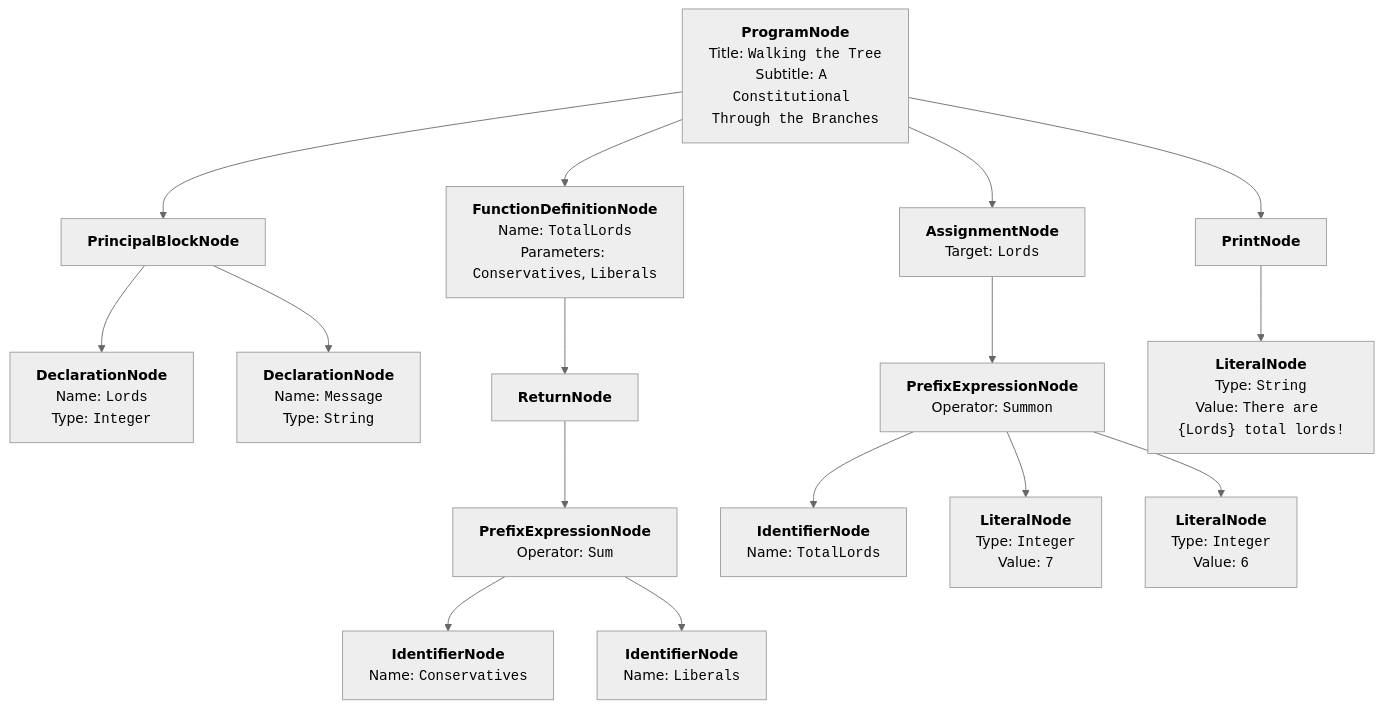
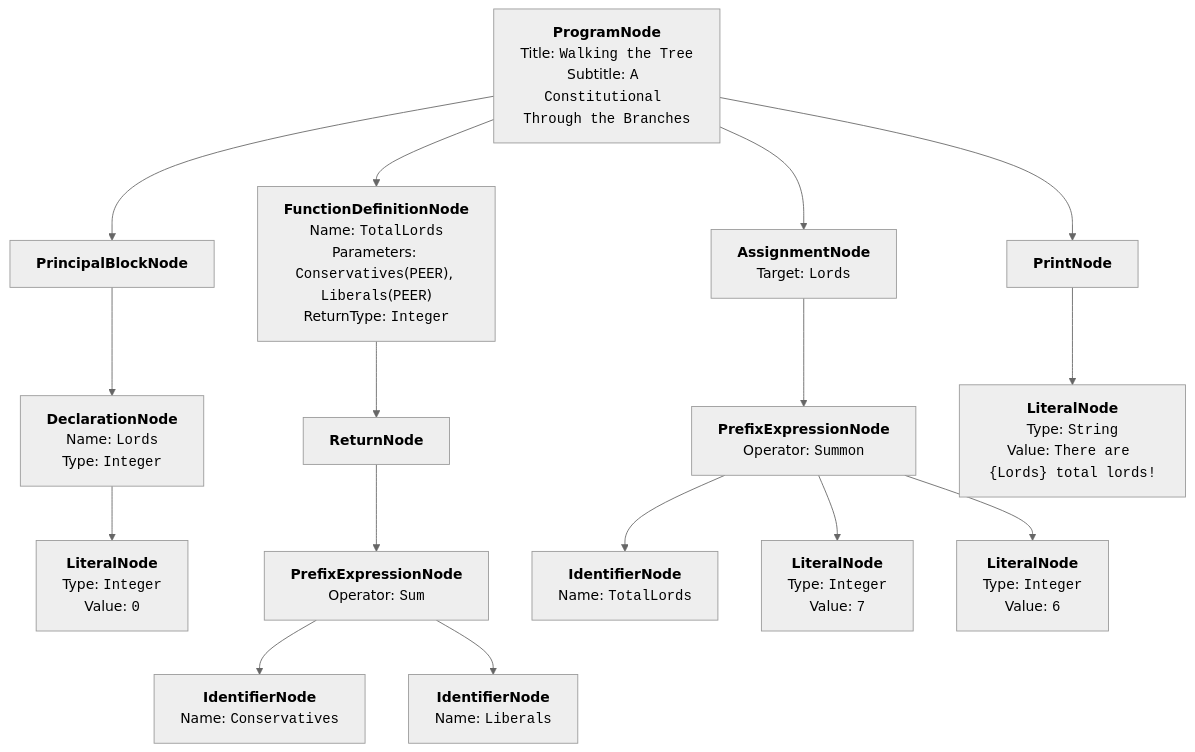
One commit to BHazel/topsy-turvy-lang changed the second of 2 diagrams in docs/topsy-turvy/docs/concepts/ast.md. Above: the diagram before and after it, drawn with Mermaid (neutral theme). The commit also changed other lines of this file and 5 other files, not shown here.

````diff
--- a/docs/topsy-turvy/docs/concepts/ast.md
+++ b/docs/topsy-turvy/docs/concepts/ast.md
@@ -211,23 +211,23 @@
 ```mermaid
 graph TD
     P["<strong>ProgramNode</strong><br/>Title: <code>Walking the Tree</code><br/>Subtitle: <code>A Constitutional Through the Branches</code>"]
     P --> PB["<strong>PrincipalBlockNode</strong>"]
-    P --> FD["<strong>FunctionDefinitionNode</strong><br/>Name: <code>TotalLords</code><br/>Parameters: <code>Conservatives</code>, <code>Liberals</code>"]
+    P --> FD["<strong>FunctionDefinitionNode</strong><br/>Name: <code>TotalLords</code><br/>Parameters: <code>Conservatives</code>(<code>PEER</code>), <code>Liberals</code>(<code>PEER</code>)<br/>ReturnType: <code>Integer</code>"]
     P --> AS["<strong>AssignmentNode</strong><br/>Target: <code>Lords</code>"]
     P --> PR["<strong>PrintNode</strong>"]
 
     PB --> D1["<strong>DeclarationNode</strong><br/>Name: <code>Lords</code><br/>Type: <code>Integer</code>"]
-    PB --> D2["<strong>DeclarationNode</strong><br/>Name: <code>Message</code><br/>Type: <code>String</code>"]
+    D1 --> D1V["<strong>LiteralNode</strong><br/>Type: <code>Integer</code><br/>Value: <code>0</code>"]
 
     FD --> RN["<strong>ReturnNode</strong>"]
     RN --> SUM["<strong>PrefixExpressionNode</strong><br/>Operator: <code>Sum</code>"]
     SUM --> C["<strong>IdentifierNode</strong><br/>Name: <code>Conservatives</code>"]
     SUM --> L["<strong>IdentifierNode</strong><br/>Name: <code>Liberals</code>"]
 
     AS --> CALL["<strong>PrefixExpressionNode</strong><br/>Operator: <code>Summon</code>"]
     CALL --> FN["<strong>IdentifierNode</strong><br/>Name: <code>TotalLords</code>"]
     CALL --> A1["<strong>LiteralNode</strong><br/>Type: <code>Integer</code><br/>Value: <code>7</code>"]
     CALL --> A2["<strong>LiteralNode</strong><br/>Type: <code>Integer</code><br/>Value: <code>6</code>"]
 
     PR --> STR["<strong>LiteralNode</strong><br/>Type: <code>String</code><br/>Value: <code>There are {Lords} total lords!</code>"]
 ```
````
